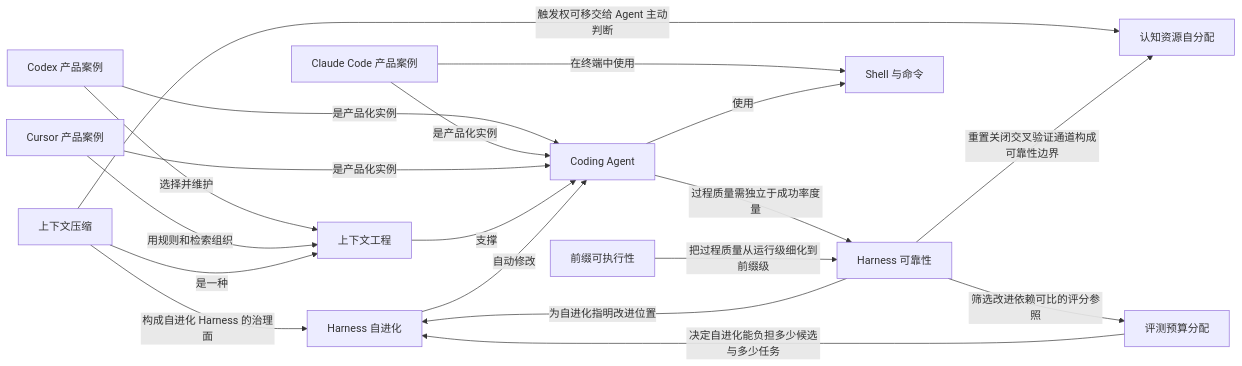
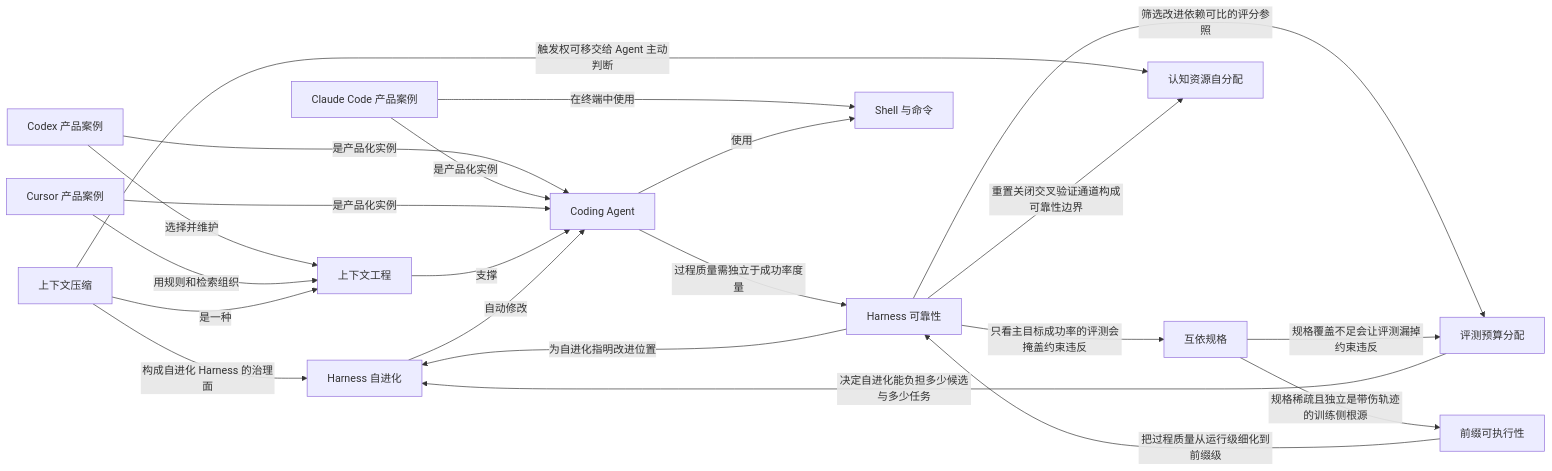
One commit to z-Zihan/LLM-101 changed the seventh of 10 diagrams in 知识网络.md. Above: the diagram before and after it, drawn with Mermaid. The commit also changed other lines of this file and 5 other files, not shown here.

````diff
--- a/知识网络.md
+++ b/知识网络.md
@@ -429,33 +430,37 @@
 ```mermaid
 flowchart LR
     n_harness_self_evolution["Harness 自进化"]
     n_harness_reliability["Harness 可靠性"]
     n_eval_budget["评测预算分配"]
     n_prefix_executability["前缀可执行性"]
+    n_interdependent_specs["互依规格"]
     n_coding_agent["Coding Agent"]
     n_codex_product["Codex 产品案例"]
     n_claude_code_product["Claude Code 产品案例"]
     n_cursor_product["Cursor 产品案例"]
     n_context_engineering["上下文工程"]
     n_context_compaction["上下文压缩"]
     n_coral_context_self_allocation["认知资源自分配"]
     n_shell["Shell 与命令"]
     n_codex_product -->|"是产品化实例"| n_coding_agent
     n_codex_product -->|"选择并维护"| n_context_engineering
     n_claude_code_product -->|"是产品化实例"| n_coding_agent
     n_claude_code_product -->|"在终端中使用"| n_shell
     n_cursor_product -->|"是产品化实例"| n_coding_agent
     n_cursor_product -->|"用规则和检索组织"| n_context_engineering
     n_coding_agent -->|"使用"| n_shell
     n_context_engineering -->|"支撑"| n_coding_agent
     n_context_compaction -->|"是一种"| n_context_engineering
     n_context_compaction -->|"触发权可移交给 Agent 主动判断"| n_coral_context_self_allocation
     n_harness_reliability -->|"重置关闭交叉验证通道构成可靠性边界"| n_coral_context_self_allocation
     n_harness_self_evolution -->|"自动修改"| n_coding_agent
     n_context_compaction -->|"构成自进化 Harness 的治理面"| n_harness_self_evolution
     n_coding_agent -->|"过程质量需独立于成功率度量"| n_harness_reliability
     n_harness_reliability -->|"为自进化指明改进位置"| n_harness_self_evolution
     n_eval_budget -->|"决定自进化能负担多少候选与多少任务"| n_harness_self_evolution
     n_harness_reliability -->|"筛选改进依赖可比的评分参照"| n_eval_budget
     n_prefix_executability -->|"把过程质量从运行级细化到前缀级"| n_harness_reliability
+    n_interdependent_specs -->|"规格稀疏且独立是带伤轨迹的训练侧根源"| n_prefix_executability
+    n_interdependent_specs -->|"规格覆盖不足会让评测漏掉约束违反"| n_eval_budget
+    n_harness_reliability -->|"只看主目标成功率的评测会掩盖约束违反"| n_interdependent_specs
 ```
````
